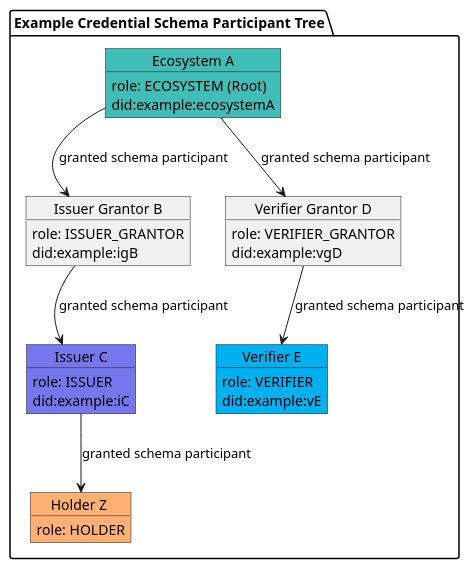
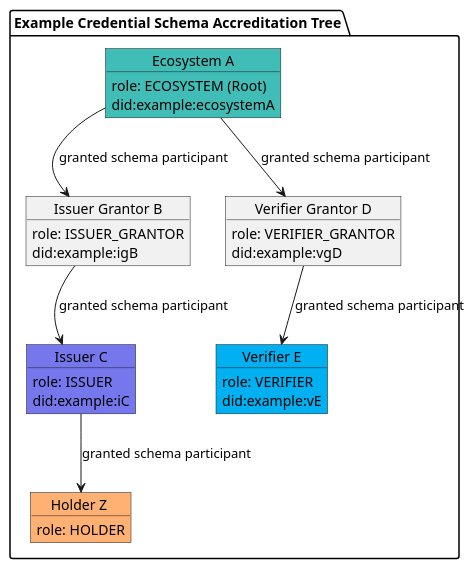
One commit to verana-labs/verifiable-trust-spec changed the third of 6 diagrams in spec.md. Above: the diagram before and after it, drawn with PlantUML. The commit also changed other lines of this file, not shown here.

First line of the commit message:
Rename Participant to Accreditation (VPR f329e73)

````diff
--- a/spec.md
+++ b/spec.md
@@ -363,46 +363,46 @@
 ```plantuml
 
 @startuml
 scale max 800 width
  
-package "Example Credential Schema Participant Tree" as cs {
+package "Example Credential Schema Accreditation Tree" as cs {
 
     object "Ecosystem A" as tr #3fbdb6 {
         role: ECOSYSTEM (Root)
         did:example:ecosystemA
     }
     object "Issuer Grantor B" as ig {
         role: ISSUER_GRANTOR
         did:example:igB
     }
     object "Issuer C" as issuer #7677ed  {
         role: ISSUER
         did:example:iC
     }
     object "Verifier Grantor D" as vg {
         role: VERIFIER_GRANTOR
         did:example:vgD
     }
     object "Verifier E" as verifier #00b0f0 {
         role: VERIFIER
         did:example:vE
     }
 
     object "Holder Z " as holder #FFB073 {
         role: HOLDER
     }
 }
 
 
 
 tr --> ig : granted schema participant
 ig --> issuer : granted schema participant
 
 tr --> vg : granted schema participant
 vg --> verifier : granted schema participant
 
 issuer --> holder: granted schema participant
 
 @enduml
 
 ```
````
